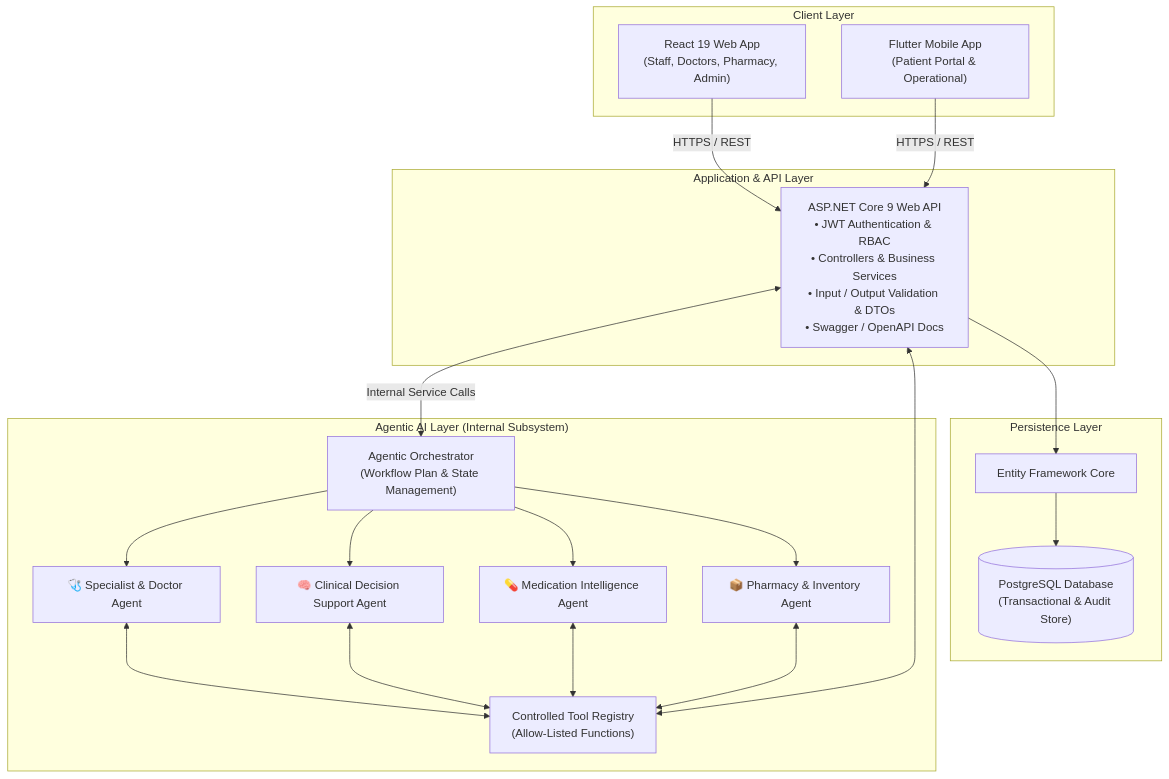
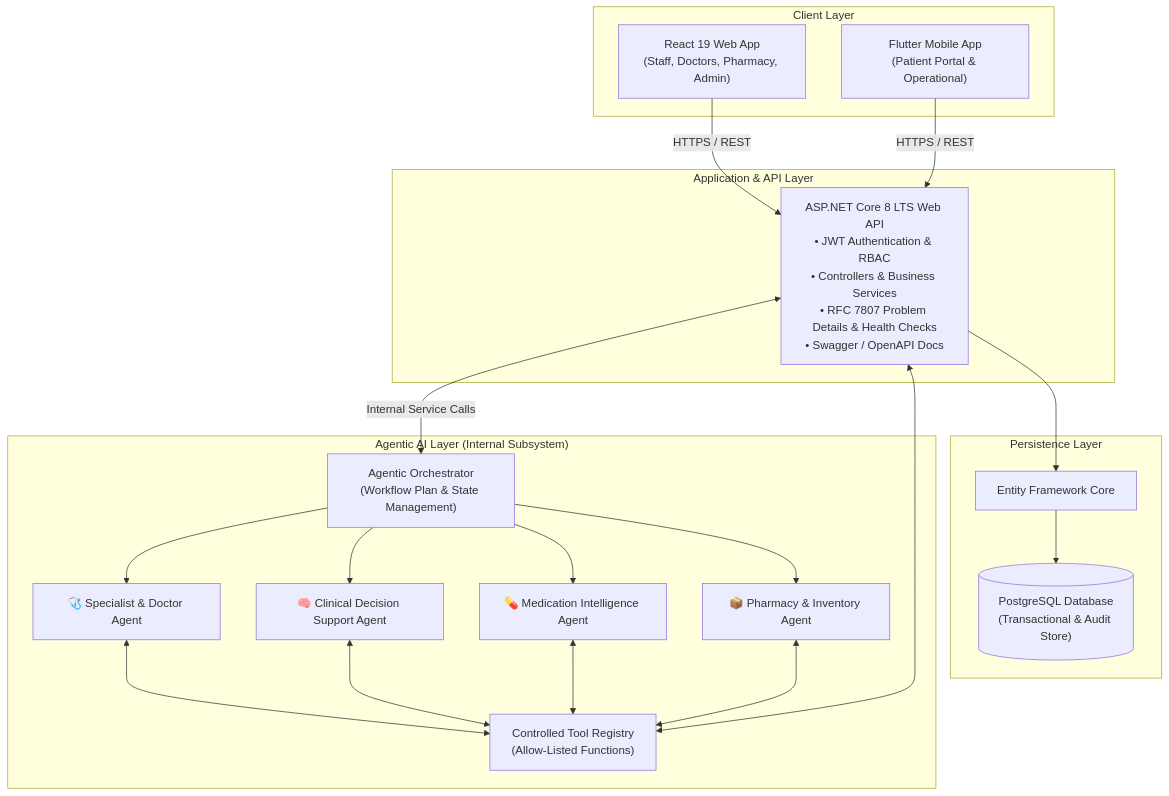
One commit to Dilshan-Pasindu/MediFlow-AI- changed the first of 2 diagrams in README.md. Above: the diagram before and after it, drawn with Mermaid. The commit also changed other lines of this file and 4 other files, not shown here.

````diff
--- a/README.md
+++ b/README.md
@@ -74,37 +74,37 @@
 ```mermaid
 graph TB
     subgraph Clients["Client Layer"]
         ReactWeb["React 19 Web App<br/>(Staff, Doctors, Pharmacy, Admin)"]
         FlutterApp["Flutter Mobile App<br/>(Patient Portal & Operational)"]
     end
 
     subgraph Gateway["Application & API Layer"]
-        DotNetAPI["ASP.NET Core 9 Web API<br/>• JWT Authentication & RBAC<br/>• Controllers & Business Services<br/>• Input / Output Validation & DTOs<br/>• Swagger / OpenAPI Docs"]
+        DotNetAPI["ASP.NET Core 8 LTS Web API<br/>• JWT Authentication & RBAC<br/>• Controllers & Business Services<br/>• RFC 7807 Problem Details & Health Checks<br/>• Swagger / OpenAPI Docs"]
     end
 
     subgraph DataLayer["Persistence Layer"]
         EFCore["Entity Framework Core"]
         PostgreSQL[("PostgreSQL Database<br/>(Transactional & Audit Store)")]
     end
 
     subgraph AISubsystem["Agentic AI Layer (Internal Subsystem)"]
         Orchestrator["Agentic Orchestrator<br/>(Workflow Plan & State Management)"]
         Agent1["🩺 Specialist & Doctor Agent"]
         Agent2["🧠 Clinical Decision Support Agent"]
         Agent3["💊 Medication Intelligence Agent"]
         Agent4["📦 Pharmacy & Inventory Agent"]
         ToolRegistry["Controlled Tool Registry<br/>(Allow-Listed Functions)"]
     end
 
     ReactWeb -->|HTTPS / REST| DotNetAPI
     FlutterApp -->|HTTPS / REST| DotNetAPI
     DotNetAPI --> EFCore
     EFCore --> PostgreSQL
     DotNetAPI <-->|Internal Service Calls| Orchestrator
     Orchestrator --> Agent1
     Orchestrator --> Agent2
     Orchestrator --> Agent3
     Orchestrator --> Agent4
     Agent1 & Agent2 & Agent3 & Agent4 <--> ToolRegistry
     ToolRegistry <--> DotNetAPI
 ```
````
